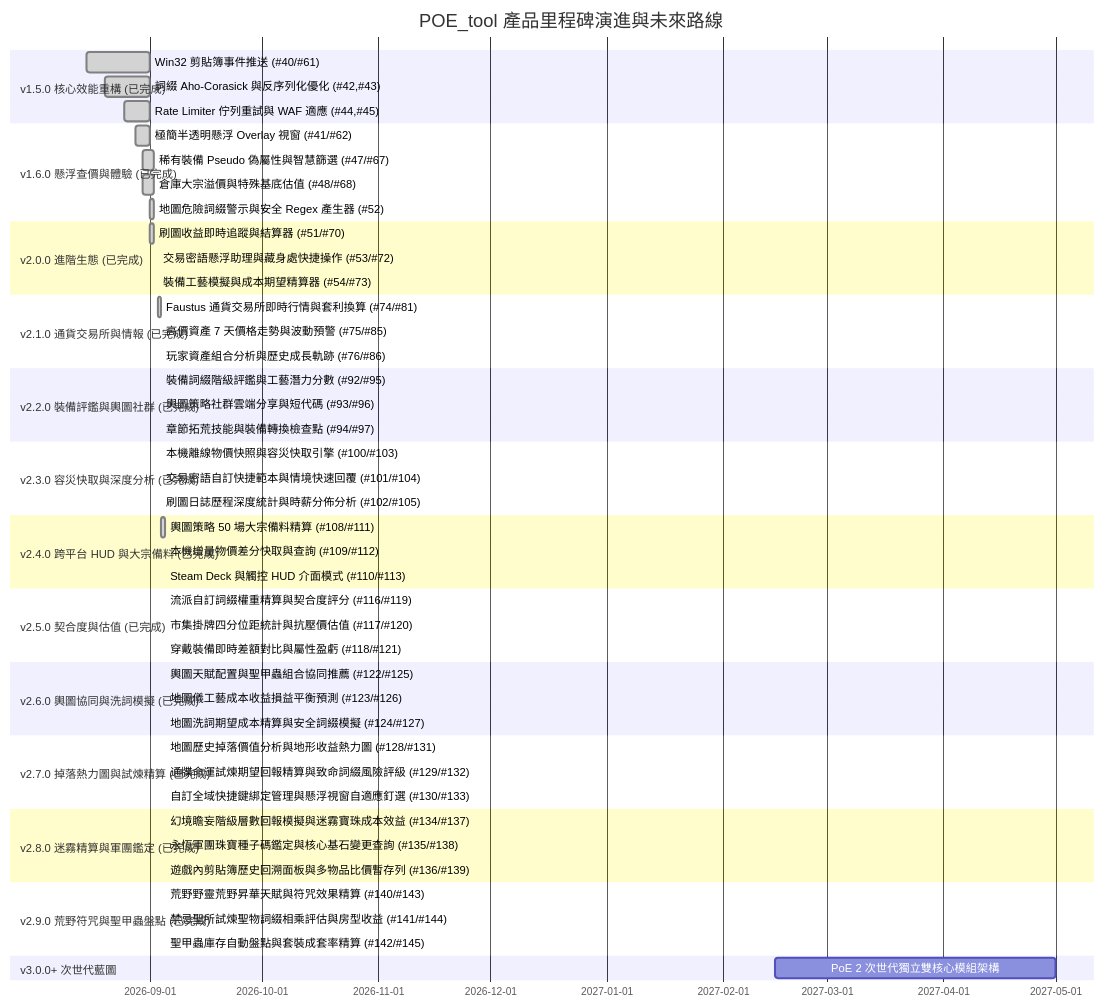
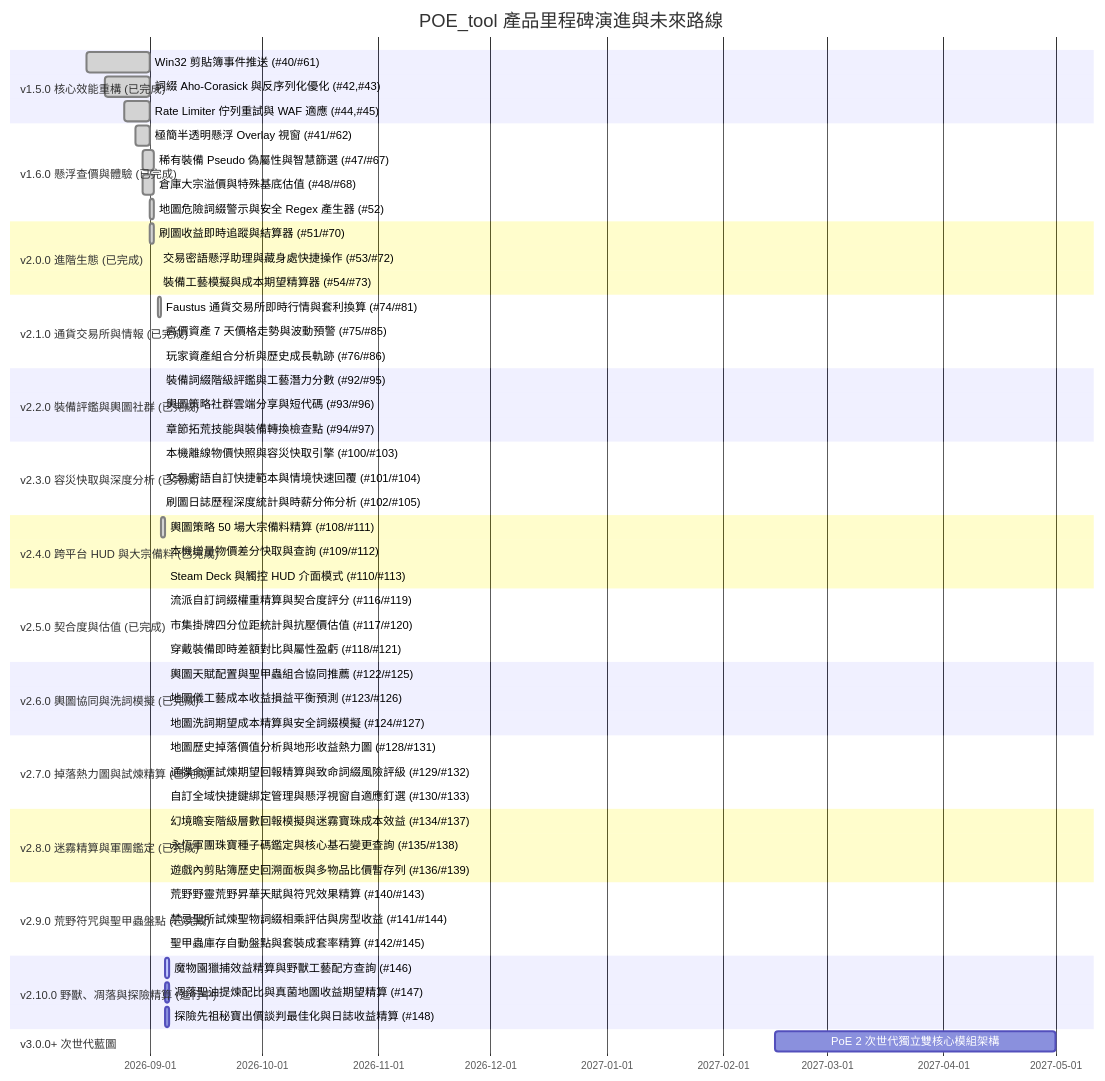
Before and after one commit to saijo0404/POE-tool: the diagram in ROADMAP.md, drawn with Mermaid. The commit also changed other lines of this file, not shown here.

Commit message:
docs(roadmap): plan milestone 13 (v2.10.0) (#146, #147, #148)

````diff
--- a/ROADMAP.md
+++ b/ROADMAP.md
@@ -60,56 +63,60 @@
 ```mermaid
 gantt
     title POE_tool 產品里程碑演進與未來路線
     dateFormat  YYYY-MM-DD
     section v1.5.0 核心效能重構 (已完成)
     Win32 剪貼簿事件推送 (#40/#61)           :done,    m1_1, 2026-08-15, 2026-09-01
     詞綴 Aho-Corasick 與反序列化優化 (#42,#43) :done,    m1_2, 2026-08-20, 2026-09-01
     Rate Limiter 佇列重試與 WAF 適應 (#44,#45)  :done,    m1_3, 2026-08-25, 2026-09-01
     section v1.6.0 懸浮查價與體驗 (已完成)
     極簡半透明懸浮 Overlay 視窗 (#41/#62)     :done,    m2_1, 2026-08-28, 2026-09-01
     稀有裝備 Pseudo 偽屬性與智慧篩選 (#47/#67) :done,    m2_2, 2026-08-30, 2026-09-02
     倉庫大宗溢價與特殊基底估值 (#48/#68)      :done,    m2_3, 2026-08-30, 2026-09-02
     地圖危險詞綴警示與安全 Regex 產生器 (#52)  :done,    m2_4, 2026-09-01, 2026-09-02
     section v2.0.0 進階生態 (已完成)
     刷圖收益即時追蹤與結算器 (#51/#70)        :done,    m3_1, 2026-09-01, 2026-09-02
     交易密語懸浮助理與藏身處快捷操作 (#53/#72) :done,    m3_2, 2026-09-03, 2026-09-03
     裝備工藝模擬與成本期望精算器 (#54/#73)     :done,    m3_3, 2026-09-03, 2026-09-03
     section v2.1.0 通貨交易所與情報 (已完成)
     Faustus 通貨交易所即時行情與套利換算 (#74/#81) :done,    m4_1, 2026-09-03, 2026-09-04
     高價資產 7 天價格走勢與波動預警 (#75/#85)     :done,    m4_2, 2026-09-04, 2026-09-04
     玩家資產組合分析與歷史成長軌跡 (#76/#86)       :done,    m4_3, 2026-09-04, 2026-09-04
     section v2.2.0 裝備評鑑與輿圖社群 (已完成)
     裝備詞綴階級評鑑與工藝潛力分數 (#92/#95)     :done,    m5_1, 2026-09-04, 2026-09-04
     輿圖策略社群雲端分享與短代碼 (#93/#96)       :done,    m5_2, 2026-09-04, 2026-09-04
     章節拓荒技能與裝備轉換檢查點 (#94/#97)       :done,    m5_3, 2026-09-04, 2026-09-04
     section v2.3.0 容災快取與深度分析 (已完成)
     本機離線物價快照與容災快取引擎 (#100/#103)    :done,    m6_1, 2026-09-04, 2026-09-04
     交易密語自訂快捷範本與情境快速回覆 (#101/#104) :done,    m6_2, 2026-09-04, 2026-09-04
     刷圖日誌歷程深度統計與時薪分佈分析 (#102/#105) :done,    m6_3, 2026-09-04, 2026-09-04
     section v2.4.0 跨平台 HUD 與大宗備料 (已完成)
     輿圖策略 50 場大宗備料精算 (#108/#111)       :done,    m7_1, 2026-09-04, 2026-09-05
     本機增量物價差分快取與查詢 (#109/#112)       :done,    m7_2, 2026-09-05, 2026-09-05
     Steam Deck 與觸控 HUD 介面模式 (#110/#113)  :done,    m7_3, 2026-09-05, 2026-09-05
     section v2.5.0 契合度與估值 (已完成)
     流派自訂詞綴權重精算與契合度評分 (#116/#119)  :done,    m8_1, 2026-09-05, 2026-09-05
     市集掛牌四分位距統計與抗壓價估值 (#117/#120)  :done,    m8_2, 2026-09-05, 2026-09-05
     穿戴裝備即時差額對比與屬性盈虧 (#118/#121)    :done,    m8_3, 2026-09-05, 2026-09-05
     section v2.6.0 輿圖協同與洗詞模擬 (已完成)
     輿圖天賦配置與聖甲蟲組合協同推薦 (#122/#125)    :done,    m9_1, 2026-09-05, 2026-09-05
     地圖儀工藝成本收益損益平衡預測 (#123/#126)    :done,    m9_2, 2026-09-05, 2026-09-05
     地圖洗詞期望成本精算與安全詞綴模擬 (#124/#127)  :done,    m9_3, 2026-09-05, 2026-09-05
     section v2.7.0 掉落熱力圖與試煉精算 (已完成)
     地圖歷史掉落價值分析與地形收益熱力圖 (#128/#131)      :done,    m10_1, 2026-09-05, 2026-09-05
     通牒命運試煉期望回報精算與致命詞綴風險評級 (#129/#132) :done,    m10_2, 2026-09-05, 2026-09-05
     自訂全域快捷鍵綁定管理與懸浮視窗自適應釘選 (#130/#133) :done,    m10_3, 2026-09-05, 2026-09-05
     section v2.8.0 迷霧精算與軍團鑑定 (已完成)
     幻境瞻妄階級層數回報模擬與迷霧寶珠成本效益 (#134/#137) :done,    m11_1, 2026-09-05, 2026-09-05
     永恆軍團珠寶種子碼鑑定與核心基石變更查詢 (#135/#138)   :done,    m11_2, 2026-09-05, 2026-09-05
     遊戲內剪貼簿歷史回溯面板與多物品比價暫存列 (#136/#139) :done,    m11_3, 2026-09-05, 2026-09-05
     section v2.9.0 荒野符咒與聖甲蟲盤點 (已完成)
     荒野野靈荒野昇華天賦與符咒效果精算 (#140/#143)       :done,    m12_1, 2026-09-05, 2026-09-05
     禁忌聖所試煉聖物詞綴相乘評估與房型收益 (#141/#144)   :done,    m12_2, 2026-09-05, 2026-09-05
     聖甲蟲庫存自動盤點與套裝成套率精算 (#142/#145)       :done,    m12_3, 2026-09-05, 2026-09-05
+    section v2.10.0 野獸、凋落與探險精算 (進行中)
+    魔物園獵捕效益精算與野獸工藝配方查詢 (#146)       :active,  m13_1, 2026-09-05, 2026-09-06
+    凋落聖油提煉配比與真菌地圖收益期望精算 (#147)   :         m13_2, 2026-09-05, 2026-09-06
+    探險先祖秘寶出價談判最佳化與日誌收益精算 (#148) :         m13_3, 2026-09-05, 2026-09-06
     section v3.0.0+ 次世代藍圖
-    PoE 2 次世代獨立雙核心模組架構           :         m13_1, 2027-02-15, 2027-05-01
+    PoE 2 次世代獨立雙核心模組架構           :         m14_1, 2027-02-15, 2027-05-01
 ```
````
